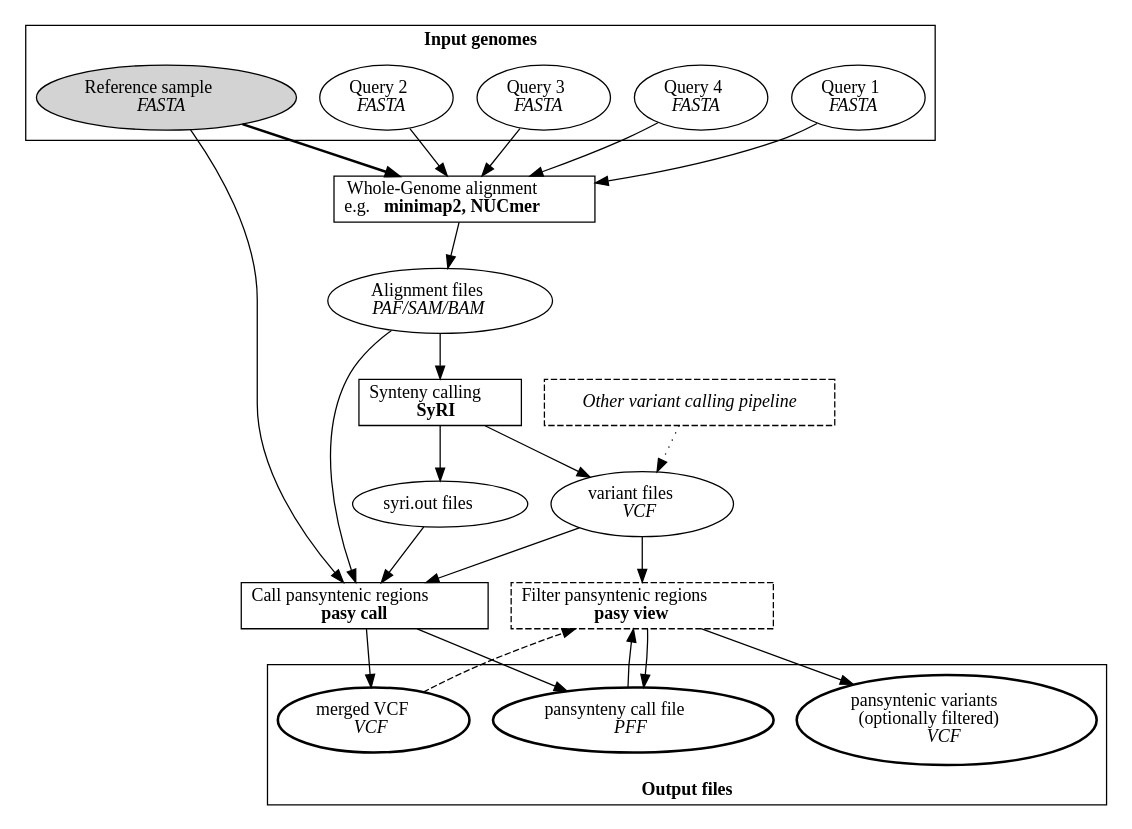
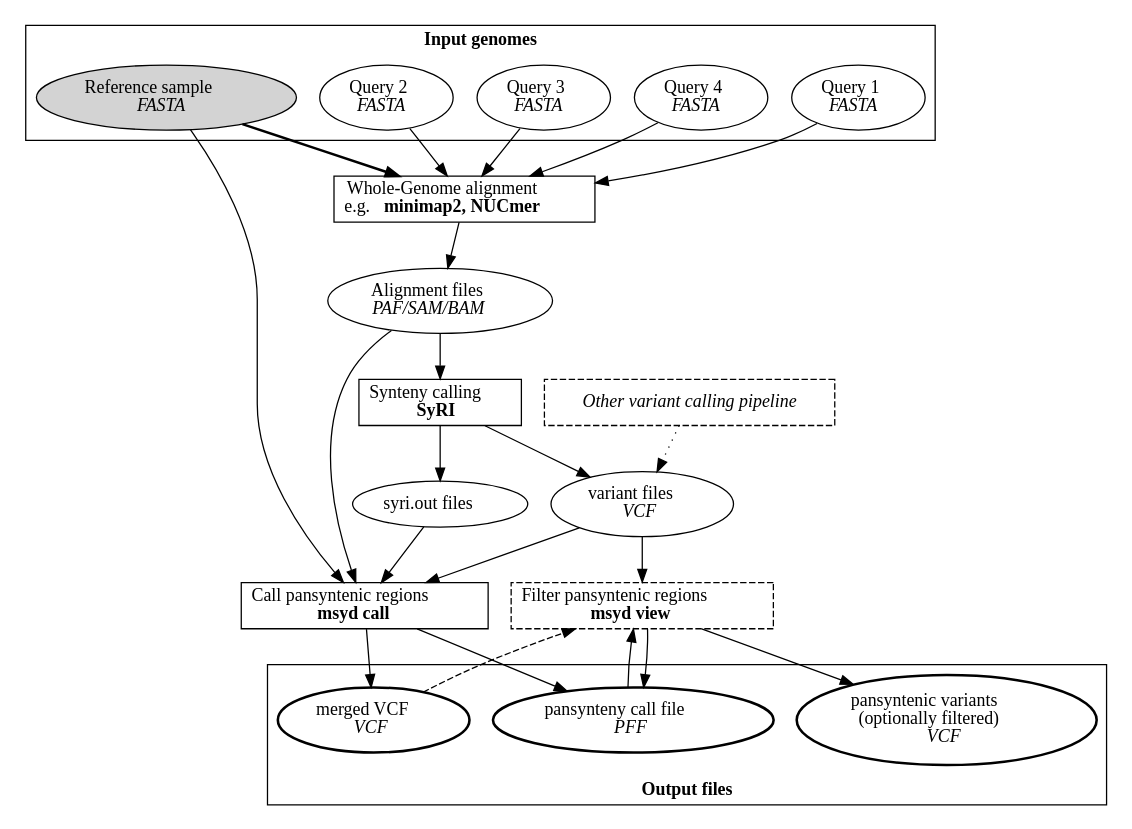
One commit to schneebergerlab/msyd changed the diagram in workflow.dot. Above: the diagram before and after it, drawn with Graphviz. The commit also changed 27 other files, not shown here.

```diff
--- a/workflow.dot
+++ b/workflow.dot
@@ -1,65 +1,65 @@
 digraph example{
 	//rankdir = LR
 	// input files
 	subgraph cluster1{
 			label="Input genomes";
 			fontname="Times-Bold";
 			ref[label=<Reference sample<br/><i>FASTA</i>>, style=filled];
 			Q2[label=<Query 2<br/><i>FASTA</i>>];
 			Q1[label=<Query 1<br/><i>FASTA</i>>];
 			Q4[label=<Query 4<br/><i>FASTA</i>>];
 			Q3[label=<Query 3<br/><i>FASTA</i>>];
 	}
 
 	{
 		// intermediate files
 		//node[style=dashed];
 		syriout[label=<syri.out files>];
 		vcfs[label=<variant files<br/><i>VCF</i>>];
 		alns[label=<Alignment files<br/><i>PAF/SAM/BAM</i>>];
 	}
 
 	{
 		// software tools
 		node[shape=box];
 		aligner [label=<Whole-Genome alignment<br/>e.g. <b>minimap2, NUCmer</b>>]
 		SyRI [label=<Synteny calling<br/><b>SyRI</b>>];
-		call [label=<Call pansyntenic regions<br/><b>pasy call</b>>];
+		call [label=<Call pansyntenic regions<br/><b>msyd call</b>>];
 		callers [label="Other variant calling pipeline", fontname="Times-Italic", style=dashed];
-		view [label=<Filter pansyntenic regions<br/><b>pasy view</b>>, style=dashed];
+		view [label=<Filter pansyntenic regions<br/><b>msyd view</b>>, style=dashed];
 	}
 
 	subgraph cluster2{
 		// output files
 		label="Output files";
 		fontname="Times-Bold";
 		labelloc=b;
 		node[style=bold];
 		vcf [label=<merged VCF<br/><i>VCF</i>>];
 		pff [label=<pansynteny call file<br/><i>PFF</i>>];
 		filtered [label=<pansyntenic variants<br/>(optionally filtered)<br/><i>VCF</i>>];
 	}
 
 	Q1 -> aligner;
 	Q2 -> aligner;
 	Q3 -> aligner;
 	Q4 -> aligner;
 	ref -> aligner[style=bold];
 
 	aligner -> alns -> SyRI -> syriout;
 	SyRI -> vcfs
 	callers -> vcfs [style=dotted];
 
 	ref -> call -> pff;
 	vcfs -> call -> vcf;
 	syriout -> call;
 	alns -> call;
 
 	pff -> view -> pff;
 	vcf -> view [style=dashed];
 	vcfs -> view -> filtered;
 
 
 
 
 }
```
